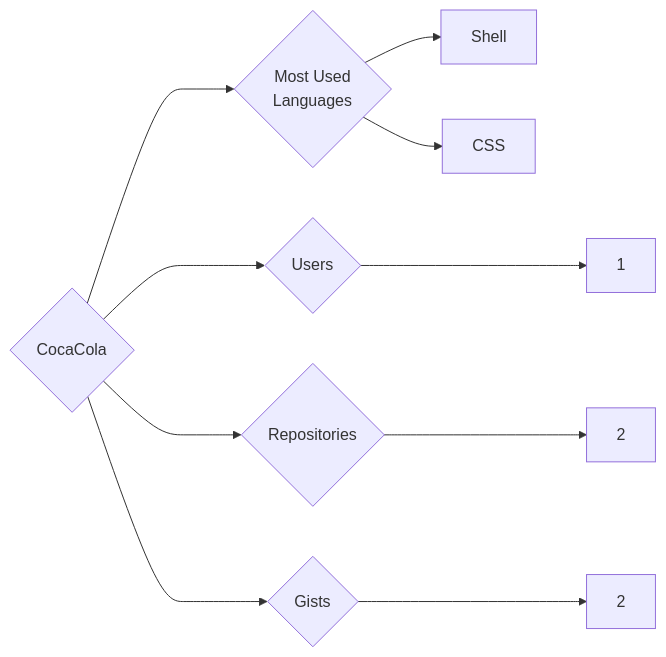
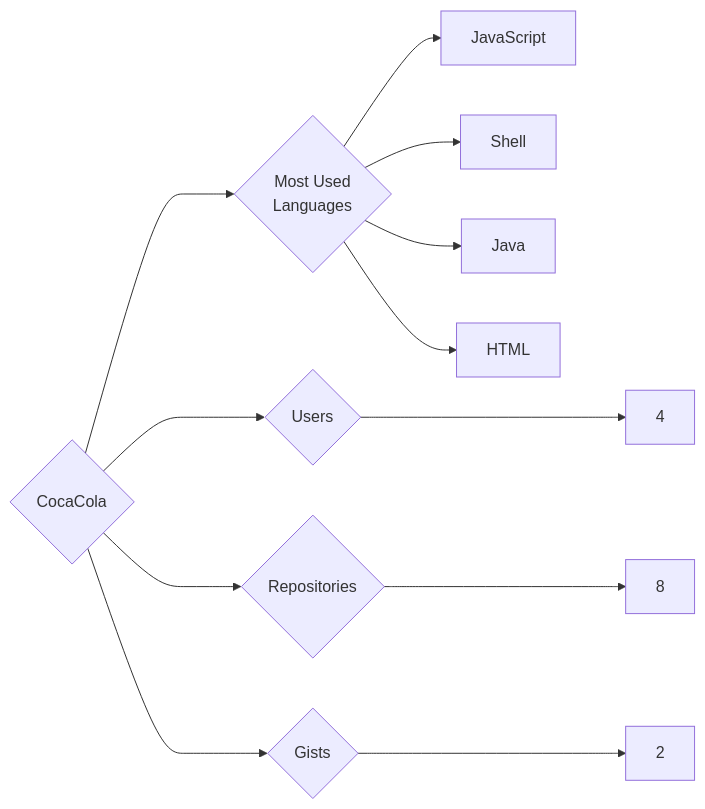
The diagram in targets/CocaCola/README.md (trickest/insiders), drawn with Mermaid before and after one commit. The commit also changed 809 other files, not shown here.

````diff
--- a/targets/CocaCola/README.md
+++ b/targets/CocaCola/README.md
@@ -3,10 +3,12 @@
 ```mermaid
 graph LR
 COMPANY_NAME{CocaCola}
-COMPANY_NAME ---> U{Users} ---> UN[1]
-COMPANY_NAME ---> R{Repositories} ---> RN[2]
+COMPANY_NAME ---> U{Users} ---> UN[4]
+COMPANY_NAME ---> R{Repositories} ---> RN[8]
 COMPANY_NAME ---> G{Gists} ---> GN[2]
 COMPANY_NAME ---> ML{Most Used<br>Languages}
+ML --> JavaScript[JavaScript]
 ML --> Shell[Shell]
-ML --> CSS[CSS]
+ML --> Java[Java]
+ML --> HTML[HTML]
 ```
````
